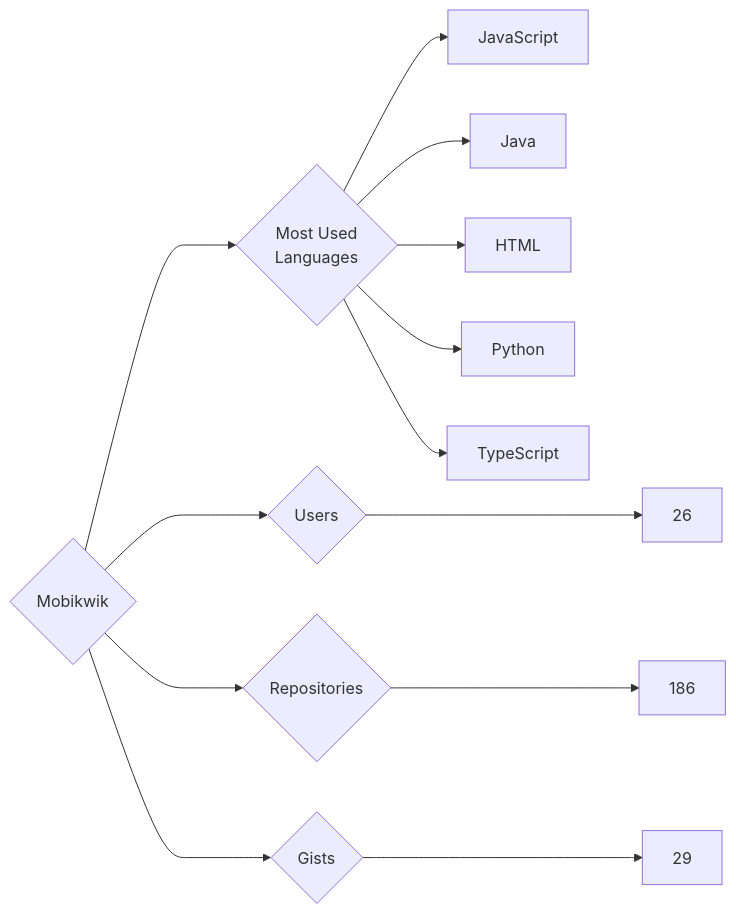
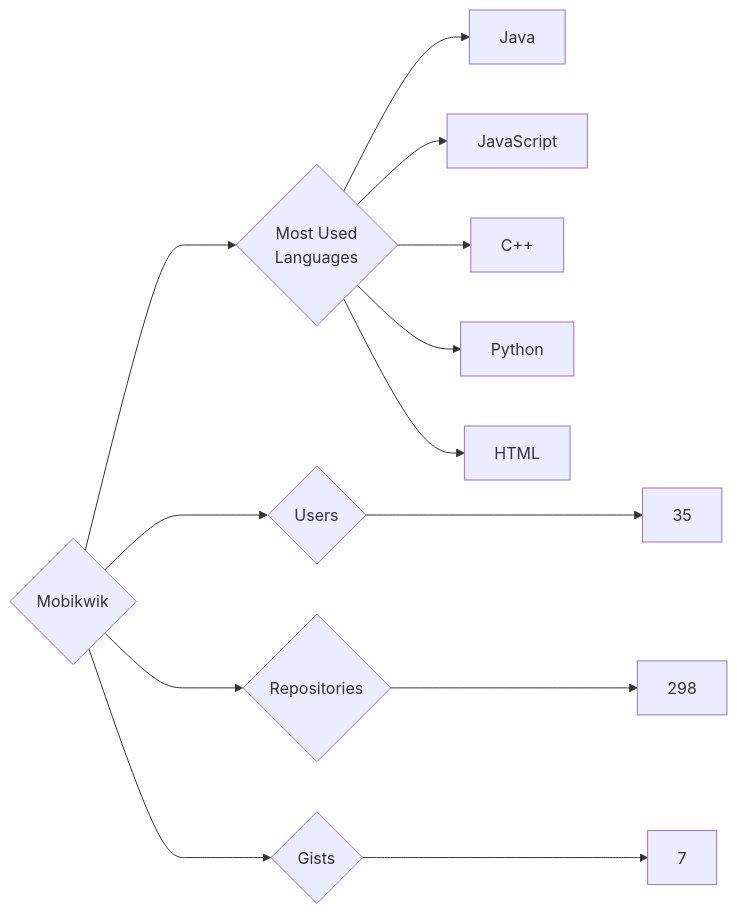
One commit to trickest/insiders changed the diagram in targets/Mobikwik/README.md. Above: the diagram before and after it, drawn with Mermaid. The commit also changed 895 other files, not shown here.

````diff
--- a/targets/Mobikwik/README.md
+++ b/targets/Mobikwik/README.md
@@ -3,13 +3,13 @@
 ```mermaid
 graph LR
 COMPANY_NAME{Mobikwik}
-COMPANY_NAME ---> U{Users} ---> UN[26]
-COMPANY_NAME ---> R{Repositories} ---> RN[186]
-COMPANY_NAME ---> G{Gists} ---> GN[29]
+COMPANY_NAME ---> U{Users} ---> UN[35]
+COMPANY_NAME ---> R{Repositories} ---> RN[298]
+COMPANY_NAME ---> G{Gists} ---> GN[7]
 COMPANY_NAME ---> ML{Most Used<br>Languages}
+ML --> Java[Java]
 ML --> JavaScript[JavaScript]
-ML --> Java[Java]
+ML --> C++[C++]
+ML --> Python[Python]
 ML --> HTML[HTML]
-ML --> Python[Python]
-ML --> TypeScript[TypeScript]
 ```
````
